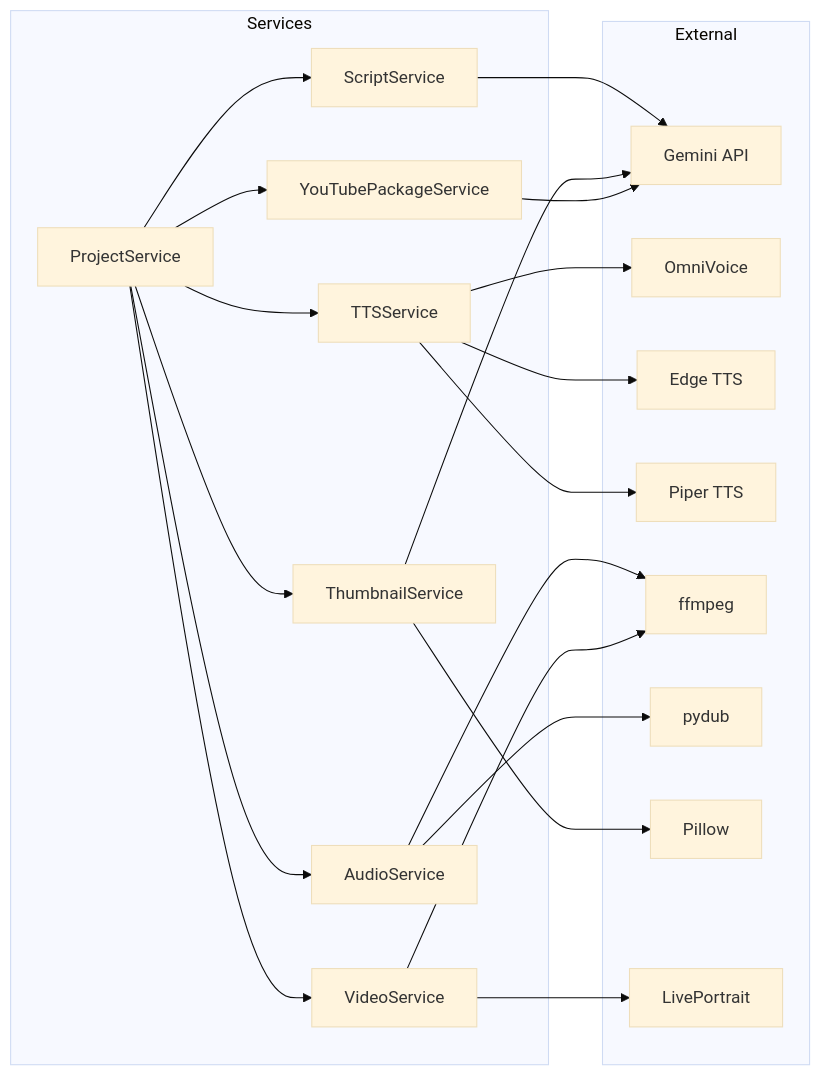
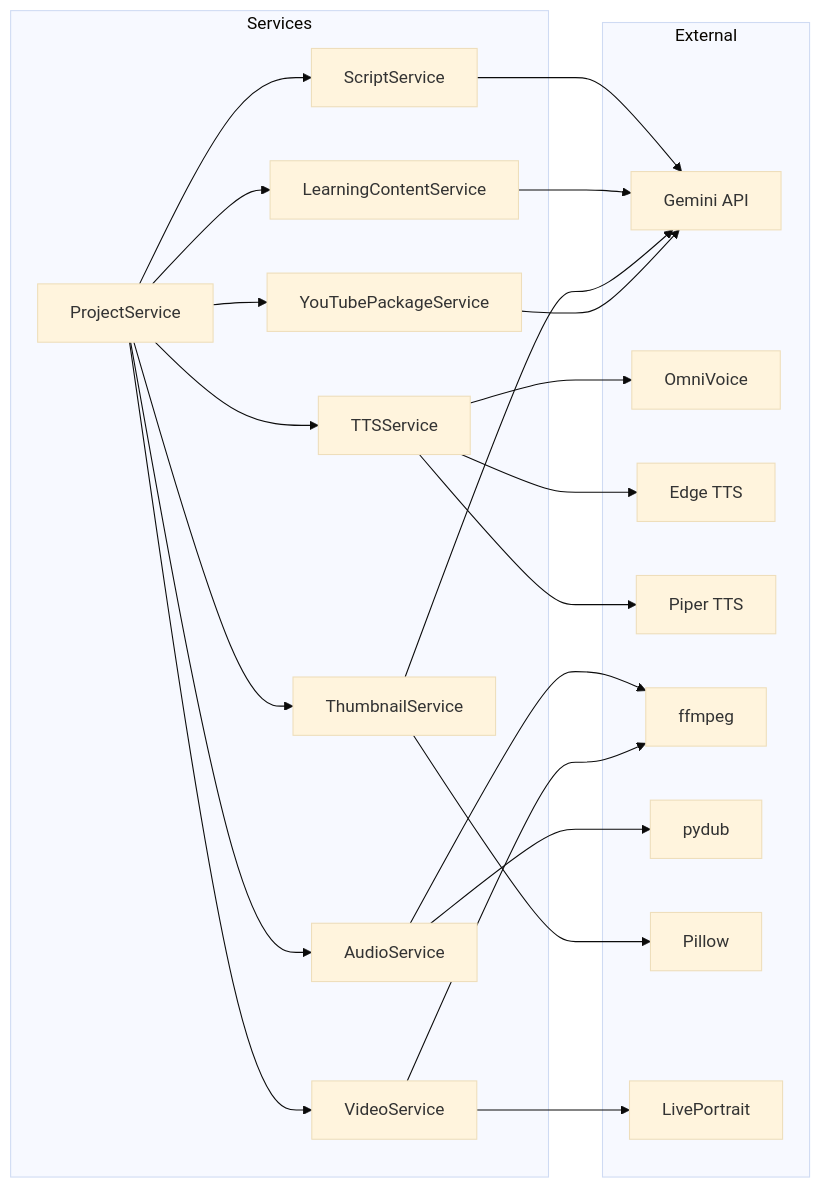
One commit to danghoangsqtt-sys/dailyintelenglish changed the third of 3 diagrams in .viepilot/ARCHITECTURE.md. Above: the diagram before and after it, drawn with Mermaid (base theme). The commit also changed other lines of this file and 22 other files, not shown here.

````diff
--- a/.viepilot/ARCHITECTURE.md
+++ b/.viepilot/ARCHITECTURE.md
@@ -155,31 +162,33 @@
 ```mermaid
 graph LR
     subgraph Services
         SS[ScriptService]
+        LCS[LearningContentService]
         TS[TTSService]
         AS[AudioService]
         VS[VideoService]
         THS[ThumbnailService]
         YTS[YouTubePackageService]
         PS[ProjectService]
     end
 
     subgraph External
         GEM[Gemini API]
         OV[OmniVoice]
         ET[Edge TTS]
         PT[Piper TTS]
         FF[ffmpeg]
         PD[pydub]
         PI[Pillow]
         LP[LivePortrait]
     end
 
     SS --> GEM
+    LCS --> GEM
     TS --> OV & ET & PT
     AS --> FF & PD
     VS --> FF & LP
     THS --> GEM & PI
     YTS --> GEM
-    PS --> SS & TS & AS & VS & THS & YTS
+    PS --> SS & LCS & TS & AS & VS & THS & YTS
 ```
````
